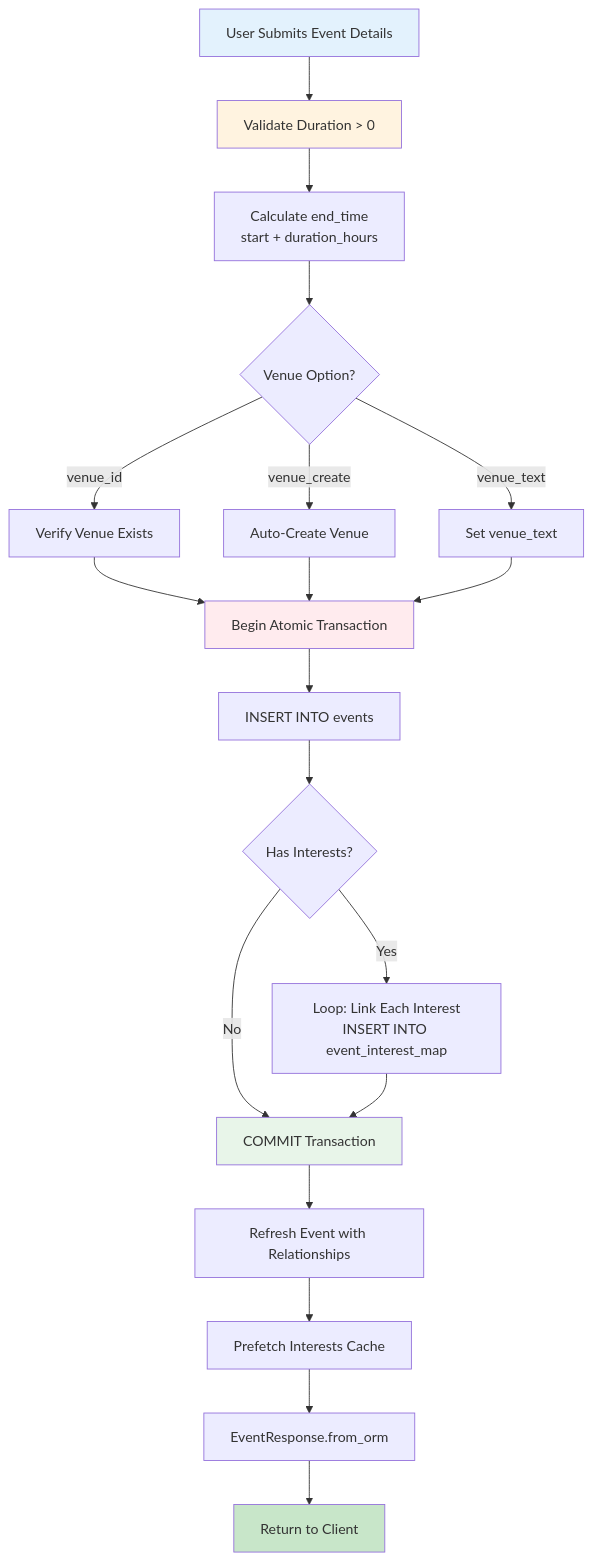
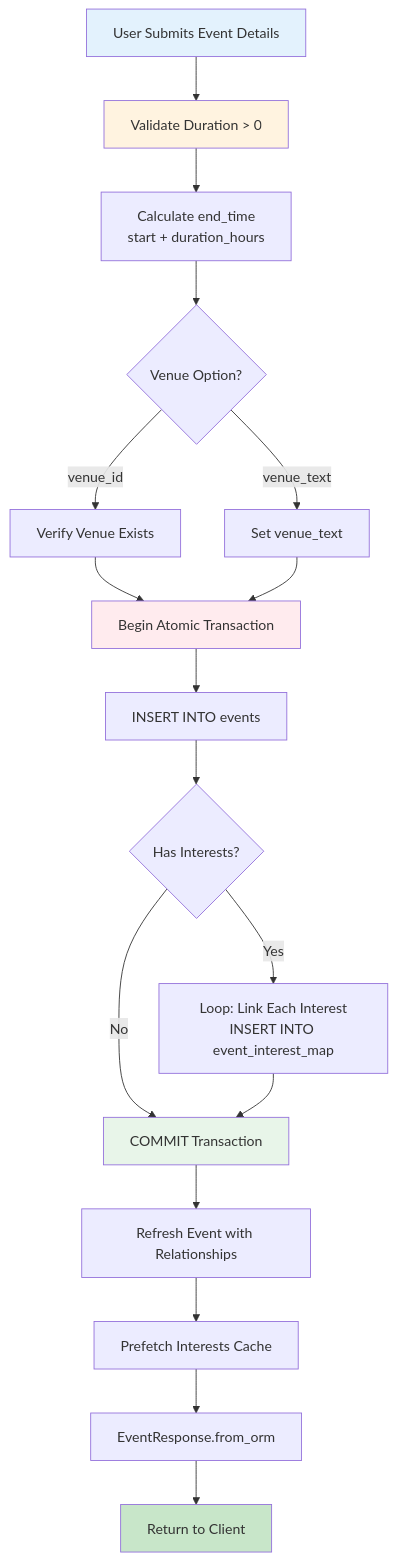
One commit to LOOPINX-CIRCLE/LoopinBackend changed the seventh of 16 diagrams in events/docs/README.md. Above: the diagram before and after it, drawn with Mermaid. The commit also changed other lines of this file and 2 other files, not shown here.

````diff
--- a/events/docs/README.md
+++ b/events/docs/README.md
@@ -479,33 +470,31 @@
 ```mermaid
 flowchart TD
     Start[User Submits Event Details] --> Validate[Validate Duration > 0]
     Validate --> CalcEnd[Calculate end_time<br/>start + duration_hours]
     
     CalcEnd --> VenueCheck{Venue Option?}
     
     VenueCheck -->|venue_id| VerifyVenue[Verify Venue Exists]
-    VenueCheck -->|venue_create| CreateVenue[Auto-Create Venue]
     VenueCheck -->|venue_text| SetText[Set venue_text]
     
     VerifyVenue --> Begin[Begin Atomic Transaction]
-    CreateVenue --> Begin
     SetText --> Begin
     
     Begin --> CreateEvent[INSERT INTO events]
     CreateEvent --> LinkInterests{Has Interests?}
     
     LinkInterests -->|Yes| LoopInterests[Loop: Link Each Interest<br/>INSERT INTO event_interest_map]
     LinkInterests -->|No| CommitTrans[COMMIT Transaction]
     
     LoopInterests --> CommitTrans
     CommitTrans --> Refresh[Refresh Event with Relationships]
     Refresh --> Prefetch[Prefetch Interests Cache]
     Prefetch --> Serialize[EventResponse.from_orm]
     Serialize --> Return[Return to Client]
     
     style Start fill:#e3f2fd
     style Validate fill:#fff3e0
     style Begin fill:#ffebee
     style CommitTrans fill:#e8f5e9
     style Return fill:#c8e6c9
 ```
````
